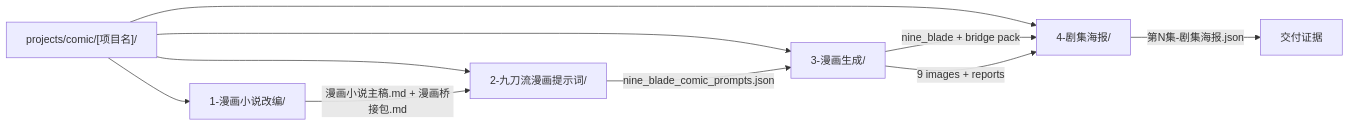
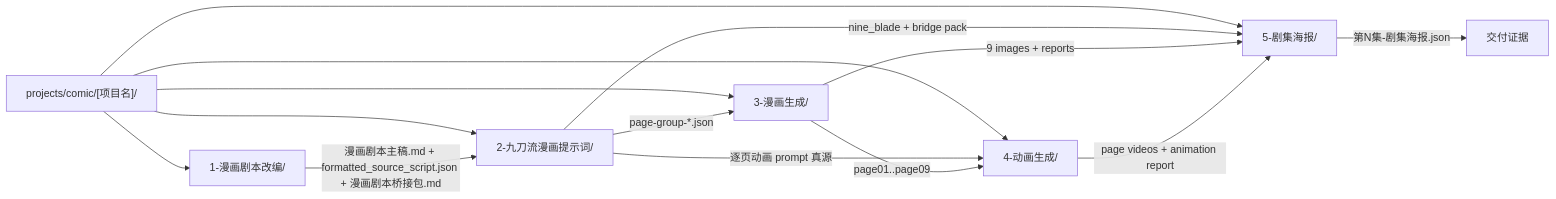
The second of 3 diagrams in .agents/skills/comic/SKILL.md (ZEN-VOID/AI-CUT), drawn with Mermaid before and after one commit. The commit also changed other lines of this file and 151 other files, not shown here.

````diff
--- a/.agents/skills/comic/SKILL.md
+++ b/.agents/skills/comic/SKILL.md
@@ -62,12 +65,16 @@
 ```mermaid
 flowchart LR
-    A["projects/comic/[项目名]/"] --> B["1-漫画小说改编/"]
+    A["projects/comic/[项目名]/"] --> B["1-漫画剧本改编/"]
     A --> C["2-九刀流漫画提示词/"]
     A --> D["3-漫画生成/"]
-    A --> E["4-剧集海报/"]
-    B -->|"漫画小说主稿.md + 漫画桥接包.md"| C
-    C -->|"nine_blade_comic_prompts.json"| D
-    D -->|"nine_blade + bridge pack"| E
-    D -->|"9 images + reports"| E
-    E -->|"第N集-剧集海报.json"| F["交付证据"]
+    A --> E["4-动画生成/"]
+    A --> F["5-剧集海报/"]
+    B -->|"漫画剧本主稿.md + formatted_source_script.json + 漫画剧本桥接包.md"| C
+    C -->|"page-group-*.json"| D
+    C -->|"逐页动画 prompt 真源"| E
+    D -->|"page01..page09"| E
+    C -->|"nine_blade + bridge pack"| F
+    D -->|"9 images + reports"| F
+    E -->|"page videos + animation report"| F
+    F -->|"第N集-剧集海报.json"| G["交付证据"]
 ```
````
